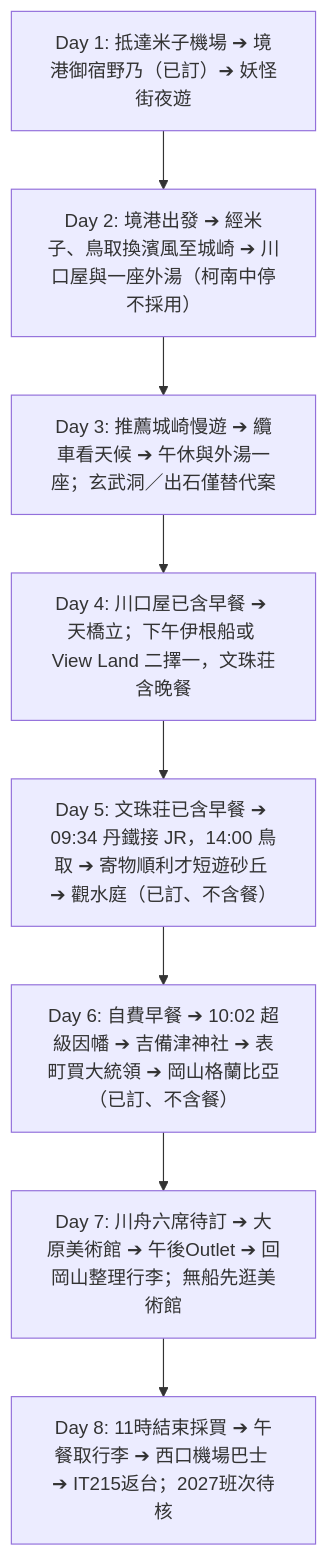
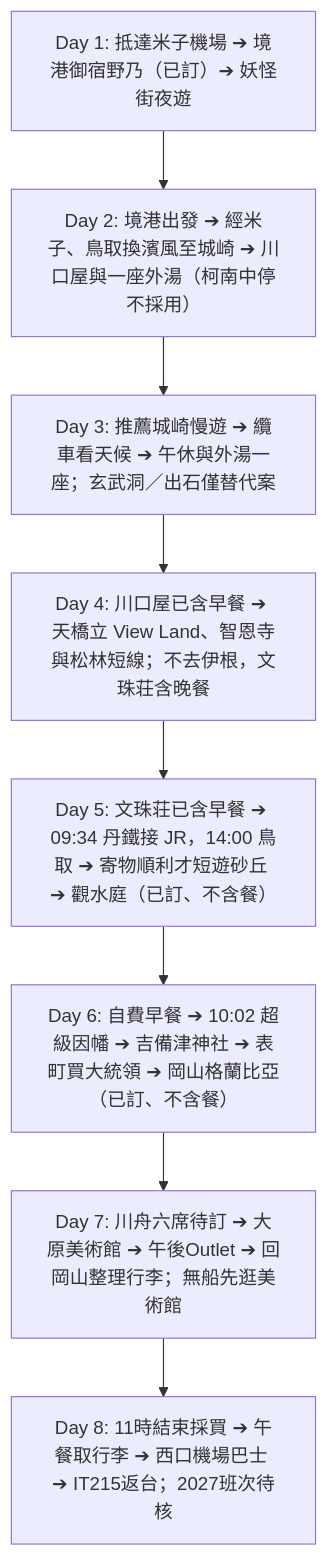
One commit to iamkeith001/sanin-trip-2027 changed the diagram in README.md. Above: the diagram before and after it, drawn with Mermaid. The commit also changed other lines of this file and 5 other files, not shown here.

````diff
--- a/README.md
+++ b/README.md
@@ -61,10 +61,10 @@
 ```mermaid
 graph TD
     Day1[Day 1: 抵達米子機場 ➔ 境港御宿野乃（已訂）➔ 妖怪街夜遊] --> Day2[Day 2: 境港出發 ➔ 經米子、鳥取換濱風至城崎 ➔ 川口屋與一座外湯（柯南中停不採用）]
     Day2 --> Day3[Day 3: 推薦城崎慢遊 ➔ 纜車看天候 ➔ 午休與外湯一座；玄武洞／出石僅替代案]
-    Day3 --> Day4[Day 4: 川口屋已含早餐 ➔ 天橋立；下午伊根船或 View Land 二擇一，文珠荘含晚餐]
+    Day3 --> Day4[Day 4: 川口屋已含早餐 ➔ 天橋立 View Land、智恩寺與松林短線；不去伊根，文珠荘含晚餐]
     Day4 --> Day5[Day 5: 文珠荘已含早餐 ➔ 09:34 丹鐵接 JR，14:00 鳥取 ➔ 寄物順利才短遊砂丘 ➔ 觀水庭（已訂、不含餐）]
     Day5 --> Day6[Day 6: 自費早餐 ➔ 10:02 超級因幡 ➔ 吉備津神社 ➔ 表町買大統領 ➔ 岡山格蘭比亞（已訂、不含餐）]
     Day6 --> Day7[Day 7: 川舟六席待訂 ➔ 大原美術館 ➔ 午後Outlet ➔ 回岡山整理行李；無船先逛美術館]
     Day7 --> Day8[Day 8: 11時結束採買 ➔ 午餐取行李 ➔ 西口機場巴士 ➔ IT215返台；2027班次待核]
 ```
````
